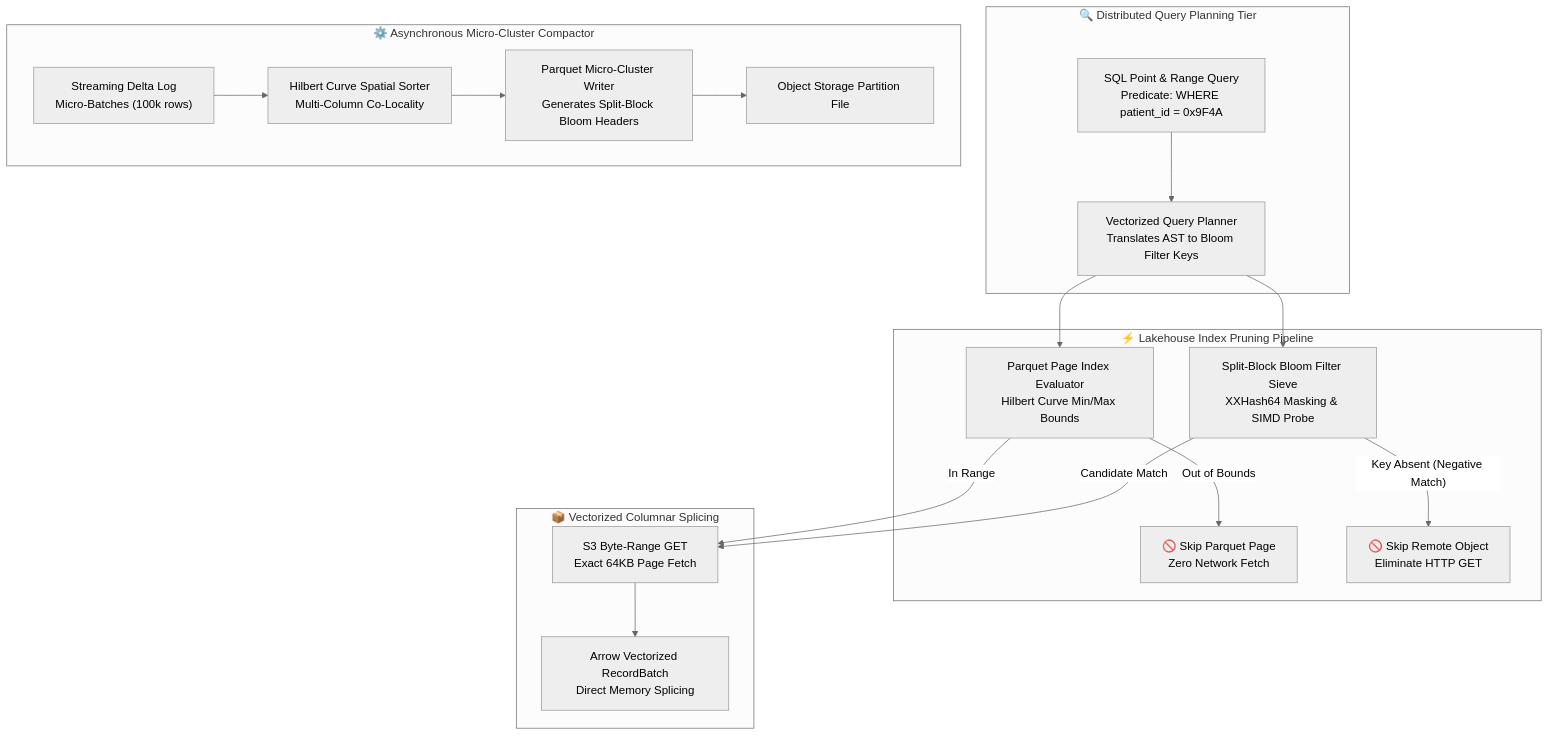
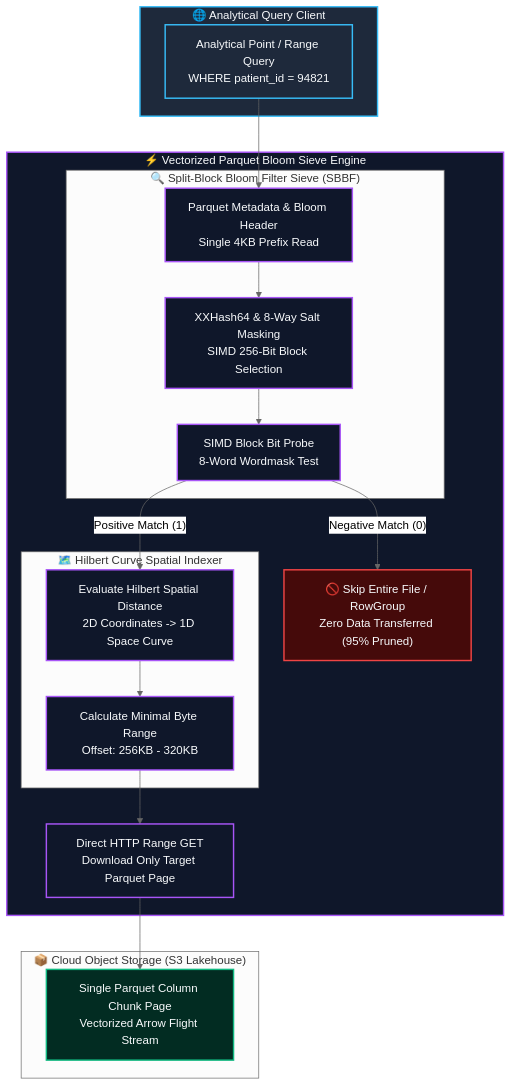
The first of 2 diagrams in scripts/catalog/blueprint_C7.md (Amit1092tiwari/hyperscale-system-blueprints), drawn with Mermaid (neutral theme) before and after one commit. The commit also changed other lines of this file and 4 other files, not shown here.

````diff
--- a/scripts/catalog/blueprint_C7.md
+++ b/scripts/catalog/blueprint_C7.md
@@ -47,28 +47,37 @@
 ```mermaid
 graph TD
-    subgraph QueryIngress ["🔍 Distributed Query Planning Tier"]
-        Query["SQL Point & Range Query<br/>Predicate: WHERE patient_id = 0x9F4A"]
-        Planner["Vectorized Query Planner<br/>Translates AST to Bloom Filter Keys"]
-        Query --> Planner
+    subgraph ClientTier ["🌐 Analytical Query Client"]
+        SQLQuery["Analytical Point / Range Query<br/>WHERE patient_id = 94821"]
     end
 
-    subgraph PruningTier ["⚡ Lakehouse Index Pruning Pipeline"]
-        Planner --> PageIndex["Parquet Page Index Evaluator<br/>Hilbert Curve Min/Max Bounds"]
-        Planner --> BloomSieve["Split-Block Bloom Filter Sieve<br/>XXHash64 Masking & SIMD Probe"]
+    subgraph PruningEngine ["⚡ Vectorized Parquet Bloom Sieve Engine"]
+        SQLQuery --> MetaScan["Parquet Metadata & Bloom Header<br/>Single 4KB Prefix Read"]
         
-        PageIndex -- "Out of Bounds" --> PrunePage["🚫 Skip Parquet Page<br/>Zero Network Fetch"]
-        BloomSieve -- "Key Absent (Negative Match)" --> PruneFile["🚫 Skip Remote Object<br/>Eliminate HTTP GET"]
+        subgraph SBBFSieve ["🔍 Split-Block Bloom Filter Sieve (SBBF)"]
+            MetaScan --> HashEval["XXHash64 & 8-Way Salt Masking<br/>SIMD 256-Bit Block Selection"]
+            HashEval --> BitProbe["SIMD Block Bit Probe<br/>8-Word Wordmask Test"]
+        end
+        
+        BitProbe -- "Negative Match (0)" --> SkipFile["🚫 Skip Entire File / RowGroup<br/>Zero Data Transferred (95% Pruned)"]
+        
+        subgraph HilbertCluster ["🗺️ Hilbert Curve Spatial Indexer"]
+            BitProbe -- "Positive Match (1)" --> HilbertEval["Evaluate Hilbert Spatial Distance<br/>2D Coordinates -> 1D Space Curve"]
+            HilbertEval --> ByteRange["Calculate Minimal Byte Range<br/>Offset: 256KB - 320KB"]
+        end
+        
+        ByteRange --> VectorFetch["Direct HTTP Range GET<br/>Download Only Target Parquet Page"]
     end
 
-    subgraph FetchTier ["📦 Vectorized Columnar Splicing"]
-        BloomSieve -- "Candidate Match" --> S3Fetch["S3 Byte-Range GET<br/>Exact 64KB Page Fetch"]
-        PageIndex -- "In Range" --> S3Fetch
-        S3Fetch --> RecordBatch["Arrow Vectorized RecordBatch<br/>Direct Memory Splicing"]
+    subgraph LakehouseStorage ["📦 Cloud Object Storage (S3 Lakehouse)"]
+        VectorFetch --> TargetPage["Single Parquet Column Chunk Page<br/>Vectorized Arrow Flight Stream"]
     end
 
-    subgraph CompactionWorker ["⚙️ Asynchronous Micro-Cluster Compactor"]
-        IngestBuffer["Streaming Delta Log<br/>Micro-Batches (100k rows)"] --> HilbertSorter["Hilbert Curve Spatial Sorter<br/>Multi-Column Co-Locality"]
-        HilbertSorter --> ParquetWriter["Parquet Micro-Cluster Writer<br/>Generates Split-Block Bloom Headers"]
-        ParquetWriter --> S3Object["Object Storage Partition File"]
-    end
+    classDef host fill:#1e293b,stroke:#38bdf8,stroke-width:2px,color:#f8fafc;
+    classDef comp fill:#0f172a,stroke:#a855f7,stroke-width:2px,color:#f8fafc;
+    classDef safe fill:#022c22,stroke:#10b981,stroke-width:2px,color:#f8fafc;
+    classDef warn fill:#450a0a,stroke:#ef4444,stroke-width:2px,color:#f8fafc;
+    class ClientTier,SQLQuery host;
+    class PruningEngine,MetaScan,HashEval,BitProbe,HilbertEval,ByteRange,VectorFetch comp;
+    class SkipFile warn;
+    class TargetPage safe;
 ```
````
